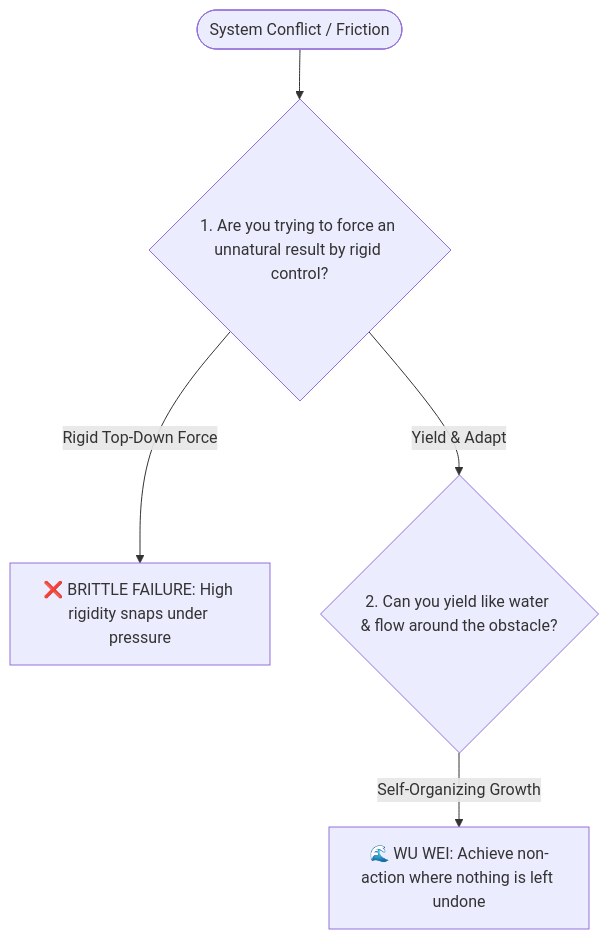
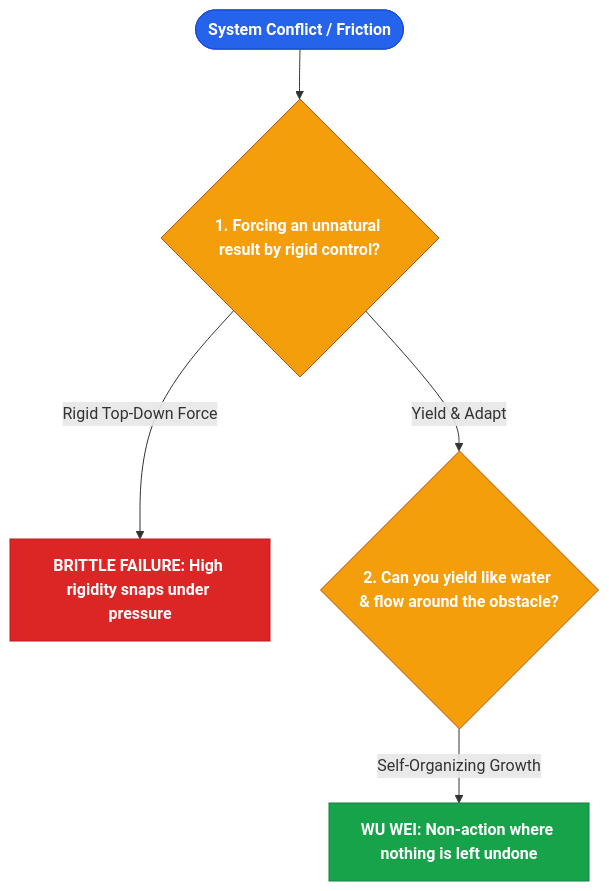
The diagram in profiles/laozi.md (DOTfei/borrowed-brain-pro), drawn with Mermaid before and after one commit. The commit also changed 12 other files, not shown here.

````diff
--- a/profiles/laozi.md
+++ b/profiles/laozi.md
@@ -16,9 +16,15 @@
 ```mermaid
 flowchart TD
-    Conflict(["System Conflict / Friction"]) --> AssessForce{"1. Are you trying to force an unnatural result by rigid control?"}
-    
-    AssessForce -->|Rigid Top-Down Force| BrittleFailure["❌ BRITTLE FAILURE: High rigidity snaps under pressure"]
-    AssessForce -->|Yield & Adapt| WaterDynamics{"2. Can you yield like water & flow around the obstacle?"}
-    
-    WaterDynamics -->|Self-Organizing Growth| WuWei["🌊 WU WEI: Achieve non-action where nothing is left undone"]
+    Start(["System Conflict / Friction"]):::start --> Q1{"1. Forcing an unnatural result by rigid control?"}:::decision
+
+    Q1 -->|Rigid Top-Down Force| R1["BRITTLE FAILURE: High rigidity snaps under pressure"]:::danger
+    Q1 -->|Yield & Adapt| Q2{"2. Can you yield like water & flow around the obstacle?"}:::decision
+
+    Q2 -->|Self-Organizing Growth| E1["WU WEI: Non-action where nothing is left undone"]:::success
+    classDef start fill:#2563eb,stroke:#1d4ed8,color:#ffffff,font-weight:bold
+    classDef decision fill:#f59e0b,stroke:#b45309,color:#ffffff,font-weight:bold
+    classDef success fill:#16a34a,stroke:#15803d,color:#ffffff,font-weight:bold
+    classDef danger fill:#dc2626,stroke:#b91c1c,color:#ffffff,font-weight:bold
+    classDef warning fill:#ea580c,stroke:#c2410c,color:#ffffff,font-weight:bold
+    classDef action fill:#64748b,stroke:#475569,color:#ffffff,font-weight:bold
 ```
````
